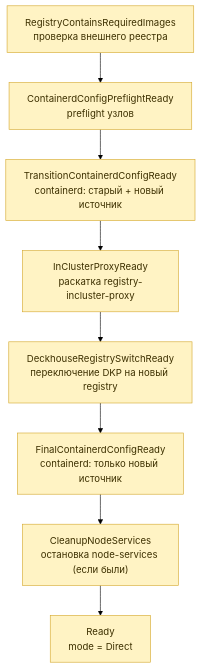
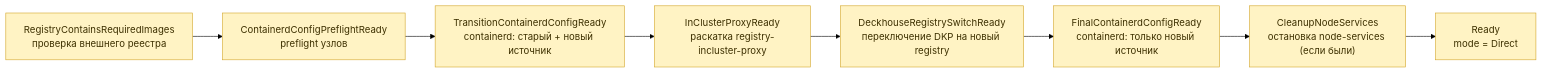
Before and after one commit to deckhouse/deckhouse: the first of 4 diagrams in modules/038-registry/docs/internal/REGISTRY_SWITCHING.md, drawn with Mermaid (forest theme). The commit also changed other lines of this file, not shown here.

````diff
--- a/modules/038-registry/docs/internal/REGISTRY_SWITCHING.md
+++ b/modules/038-registry/docs/internal/REGISTRY_SWITCHING.md
@@ -57,16 +57,16 @@
 ```mermaid
-flowchart TD
+flowchart LR
     A["RegistryContainsRequiredImages<br/>проверка внешнего реестра"]
     B["ContainerdConfigPreflightReady<br/>preflight узлов"]
     C["TransitionContainerdConfigReady<br/>containerd: старый + новый источник"]
     D["InClusterProxyReady<br/>раскатка registry-incluster-proxy"]
     E["DeckhouseRegistrySwitchReady<br/>переключение DKP на новый registry"]
     F["FinalContainerdConfigReady<br/>containerd: только новый источник"]
     G["CleanupNodeServices<br/>остановка node-services (если были)"]
     H["Ready<br/>mode = Direct"]
 
     A --> B --> C --> D --> E --> F --> G --> H
 
     classDef cond fill:#fff3c4,stroke:#d4a72c,color:#3d3000;
     class A,B,C,D,E,F,G,H cond;
 ```
````
